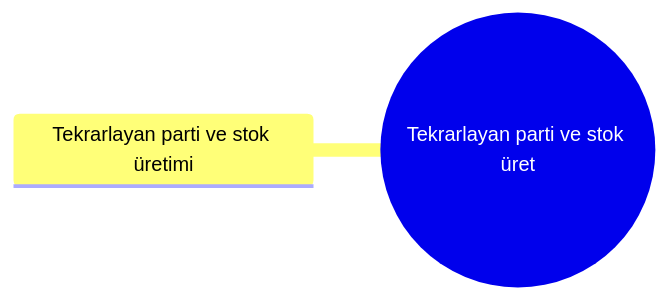
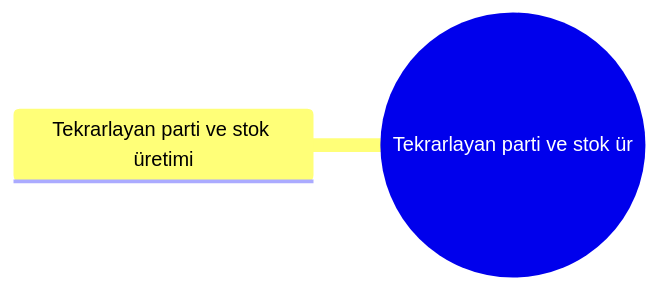
The diagram in 02 İşletmeler/13 Üretim & İmalat/Tekrarlayan parti ve stok üretimi/Dal – Tekrarlayan parti ve stok üretimi.md (sametkarabulut-dev/xfuturepos-v2), drawn with Mermaid before and after one commit. The commit also changed other lines of this file and 241 other files, not shown here.

````diff
--- a/02 İşletmeler/13 Üretim & İmalat/Tekrarlayan parti ve stok üretimi/Dal – Tekrarlayan parti ve stok üretimi.md
+++ b/02 İşletmeler/13 Üretim & İmalat/Tekrarlayan parti ve stok üretimi/Dal – Tekrarlayan parti ve stok üretimi.md
@@ -22,5 +22,5 @@
 ```mermaid
 mindmap
-  root((Tekrarlayan parti ve stok üret))
+  root((Tekrarlayan parti ve stok ür))
     Tekrarlayan parti ve stok üretimi
 ```
````
